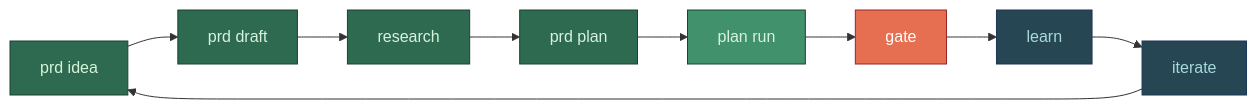
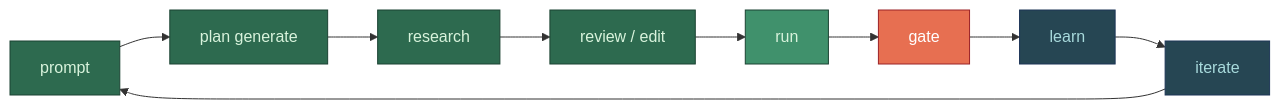
One commit to wpank/roko changed the first of 5 diagrams in docs/v3/31-SELF-HOSTING.md. Above: the diagram before and after it, drawn with Mermaid. The commit also changed other lines of this file and 2 other files, not shown here.

First line of the commit message:
docs(v3): describe the plan-first workflow in the CLI, self-hosting and architecture pages

````diff
--- a/docs/v3/31-SELF-HOSTING.md
+++ b/docs/v3/31-SELF-HOSTING.md
@@ -81,20 +89,20 @@
 ```mermaid
 graph LR
-    A["prd idea"] --> B["prd draft"]
+    A["prompt"] --> B["plan generate"]
     B --> C["research"]
-    C --> D["prd plan"]
-    D --> E["plan run"]
+    C --> D["review / edit"]
+    D --> E["run"]
     E --> F["gate"]
     F --> G["learn"]
     G --> H["iterate"]
     H --> A
 
     style A fill:#2d6a4f,stroke:#1b4332,color:#d8f3dc
     style B fill:#2d6a4f,stroke:#1b4332,color:#d8f3dc
     style C fill:#2d6a4f,stroke:#1b4332,color:#d8f3dc
     style D fill:#2d6a4f,stroke:#1b4332,color:#d8f3dc
     style E fill:#40916c,stroke:#1b4332,color:#d8f3dc
     style F fill:#e76f51,stroke:#9b2226,color:#fff
     style G fill:#264653,stroke:#1d3557,color:#a8dadc
     style H fill:#264653,stroke:#1d3557,color:#a8dadc
 ```
````
